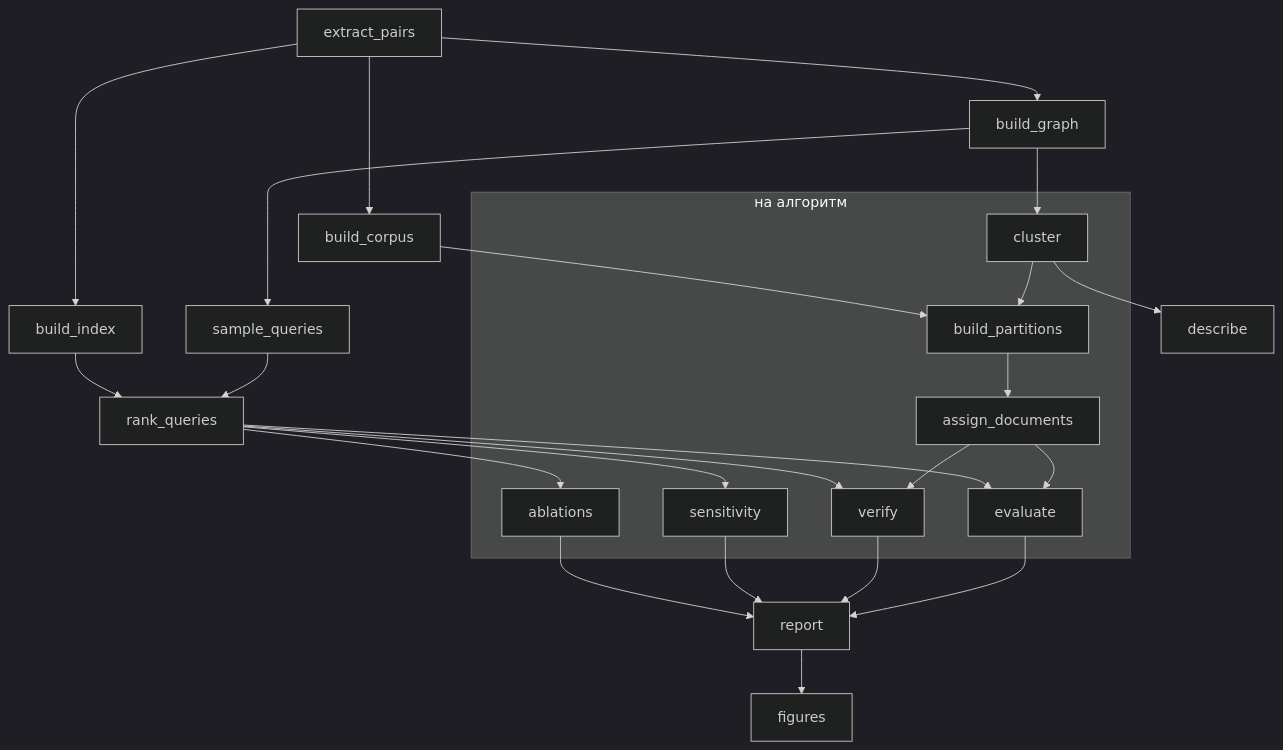
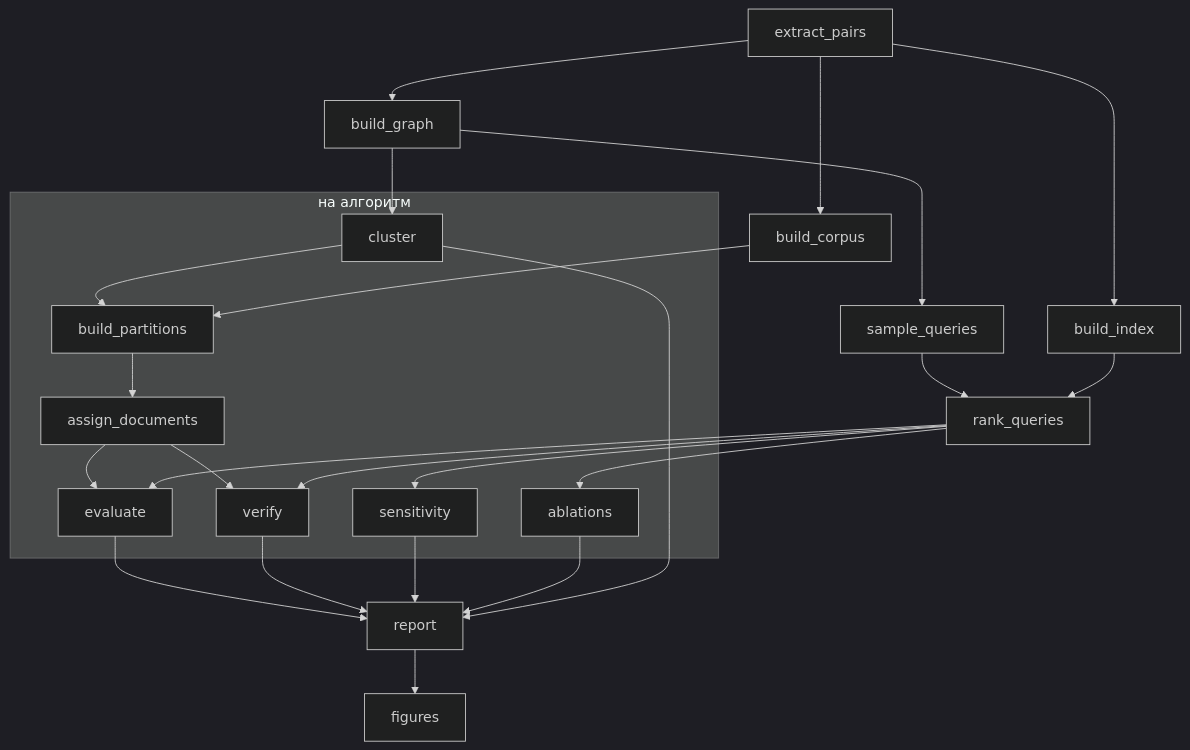
One commit to pstpn/sharded-semantic-index changed the diagram in README.md. Above: the diagram before and after it, drawn with Mermaid (dark theme). The commit also changed other lines of this file and 39 other files, not shown here.

````diff
--- a/README.md
+++ b/README.md
@@ -53,30 +52,30 @@
 ```mermaid
 flowchart TD
     extract_pairs --> build_corpus
     extract_pairs --> build_index
     extract_pairs --> build_graph
     build_graph --> sample_queries
     sample_queries --> rank_queries
     build_index --> rank_queries
 
     subgraph method["на алгоритм"]
         cluster --> build_partitions --> assign_documents
         assign_documents --> evaluate
         assign_documents --> verify
         sensitivity
         ablations
     end
 
     build_graph --> cluster
     build_corpus --> build_partitions
     rank_queries --> evaluate
     rank_queries --> verify
     rank_queries --> sensitivity
     rank_queries --> ablations
     evaluate --> report
     verify --> report
     sensitivity --> report
     ablations --> report
     report --> figures
-    cluster --> describe
+    cluster --> report
 ```
````
